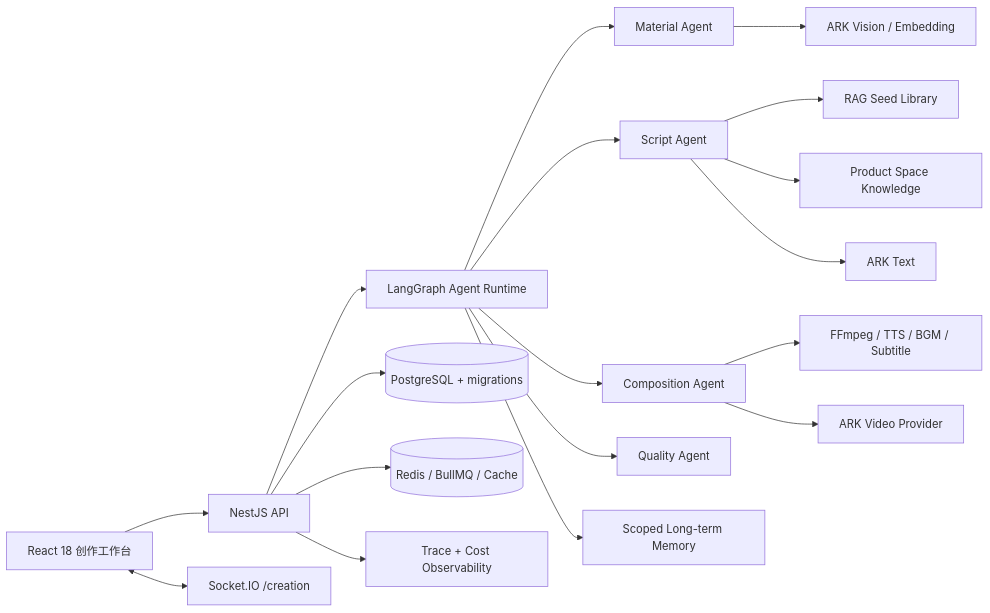
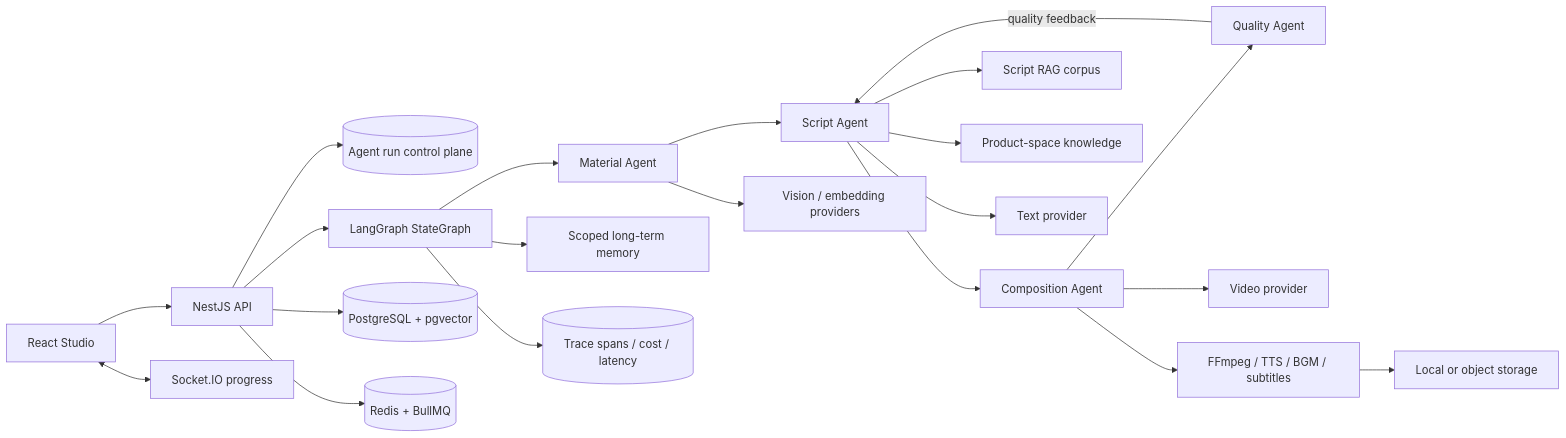
One commit to WANGLEVY9/VidForge changed the first of 2 diagrams in README.md. Above: the diagram before and after it, drawn with Mermaid. The commit also changed other lines of this file, not shown here.

Commit message:
docs: rebuild readme around agent architecture

````diff
--- a/README.md
+++ b/README.md
@@ -93,20 +48,28 @@
 ```mermaid
 flowchart LR
-    U[React 18 创作工作台] --> API[NestJS API]
-    U <--> WS[Socket.IO /creation]
-    API --> G[LangGraph Agent Runtime]
-    G --> M[Material Agent]
-    G --> S[Script Agent]
-    G --> C[Composition Agent]
-    G --> Q[Quality Agent]
-    S --> R[RAG Seed Library]
-    S --> K[Product Space Knowledge]
-    G --> MEM[Scoped Long-term Memory]
-    C --> F[FFmpeg / TTS / BGM / Subtitle]
-    API --> DB[(PostgreSQL + migrations)]
-    API --> REDIS[(Redis / BullMQ / Cache)]
-    API --> TRACE[Trace + Cost Observability]
-    M --> V[ARK Vision / Embedding]
-    S --> T[ARK Text]
-    C --> VIDEO[ARK Video Provider]
+    UI[React Studio] --> API[NestJS API]
+    UI <--> WS[Socket.IO progress]
+
+    API --> RUNS[(Agent run control plane)]
+    API --> GRAPH[LangGraph StateGraph]
+
+    GRAPH --> MATERIAL[Material Agent]
+    MATERIAL --> SCRIPT[Script Agent]
+    SCRIPT --> COMPOSE[Composition Agent]
+    COMPOSE --> QUALITY[Quality Agent]
+    QUALITY -->|quality feedback| SCRIPT
+
+    SCRIPT --> RAG[Script RAG corpus]
+    SCRIPT --> SPACE[Product-space knowledge]
+    GRAPH --> MEMORY[Scoped long-term memory]
+
+    MATERIAL --> VISION[Vision / embedding providers]
+    SCRIPT --> TEXT[Text provider]
+    COMPOSE --> VIDEO[Video provider]
+    COMPOSE --> MEDIA[FFmpeg / TTS / BGM / subtitles]
+
+    GRAPH --> TRACE[(Trace spans / cost / latency)]
+    API --> DB[(PostgreSQL + pgvector)]
+    API --> QUEUE[(Redis + BullMQ)]
+    MEDIA --> STORAGE[Local or object storage]
 ```
````
